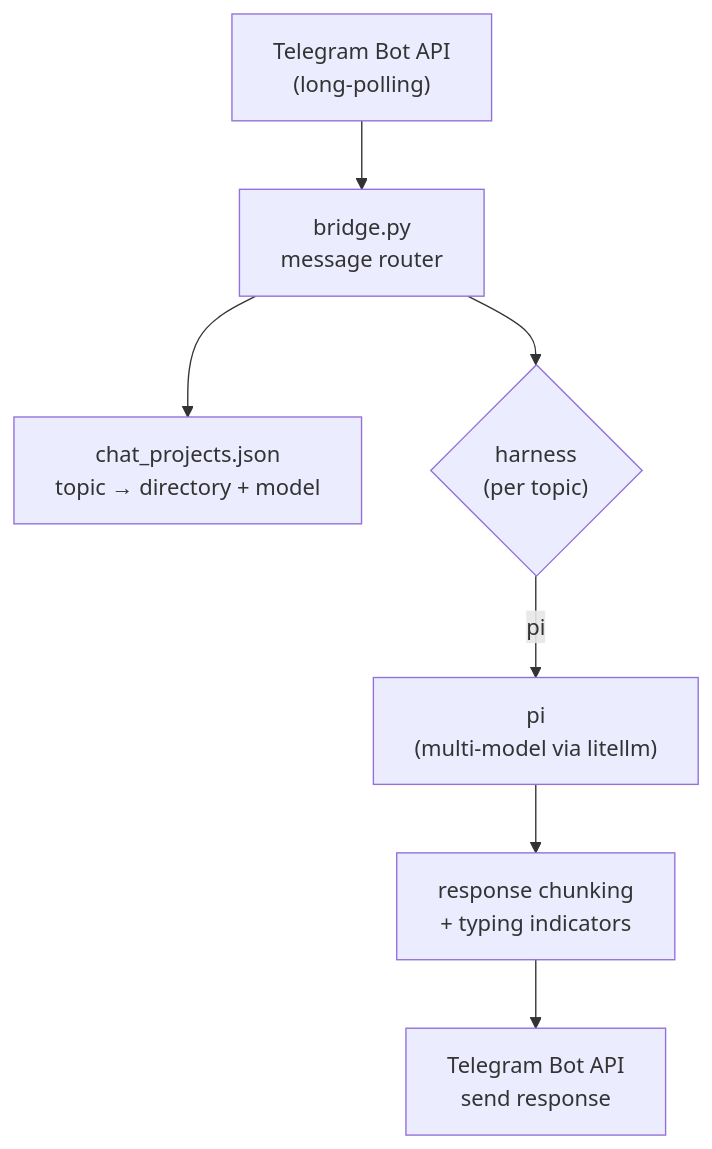
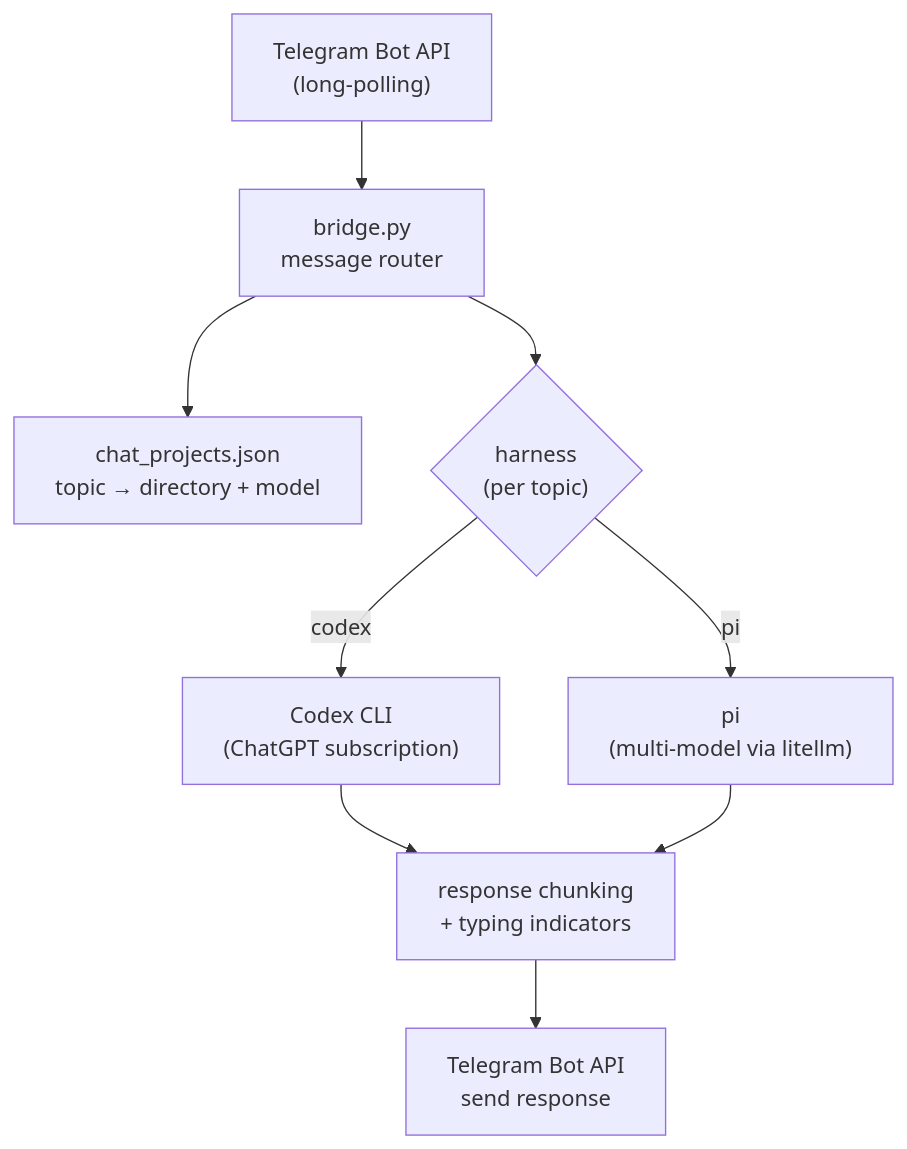
The diagram in README.md (synodic-studio/patchbay-relay), drawn with Mermaid before and after one commit. The commit also changed other lines of this file and 21 other files, not shown here.

Commit message:
feat: restore subscription-backed Codex harness alongside pi

````diff
--- a/README.md
+++ b/README.md
@@ -43,9 +43,11 @@
 ```mermaid
 flowchart TD
     TG["Telegram Bot API<br/>(long-polling)"] --> BR["bridge.py<br/>message router"]
     BR --> CP["chat_projects.json<br/>topic → directory + model"]
     BR --> H{"harness<br/>(per topic)"}
     H -->|pi| PI["pi<br/>(multi-model via litellm)"]
+    H -->|codex| CX["Codex CLI<br/>(ChatGPT subscription)"]
+    CX --> OUT["response chunking<br/>+ typing indicators"]
     PI --> OUT["response chunking<br/>+ typing indicators"]
     OUT --> SEND["Telegram Bot API<br/>send response"]
 ```
````
